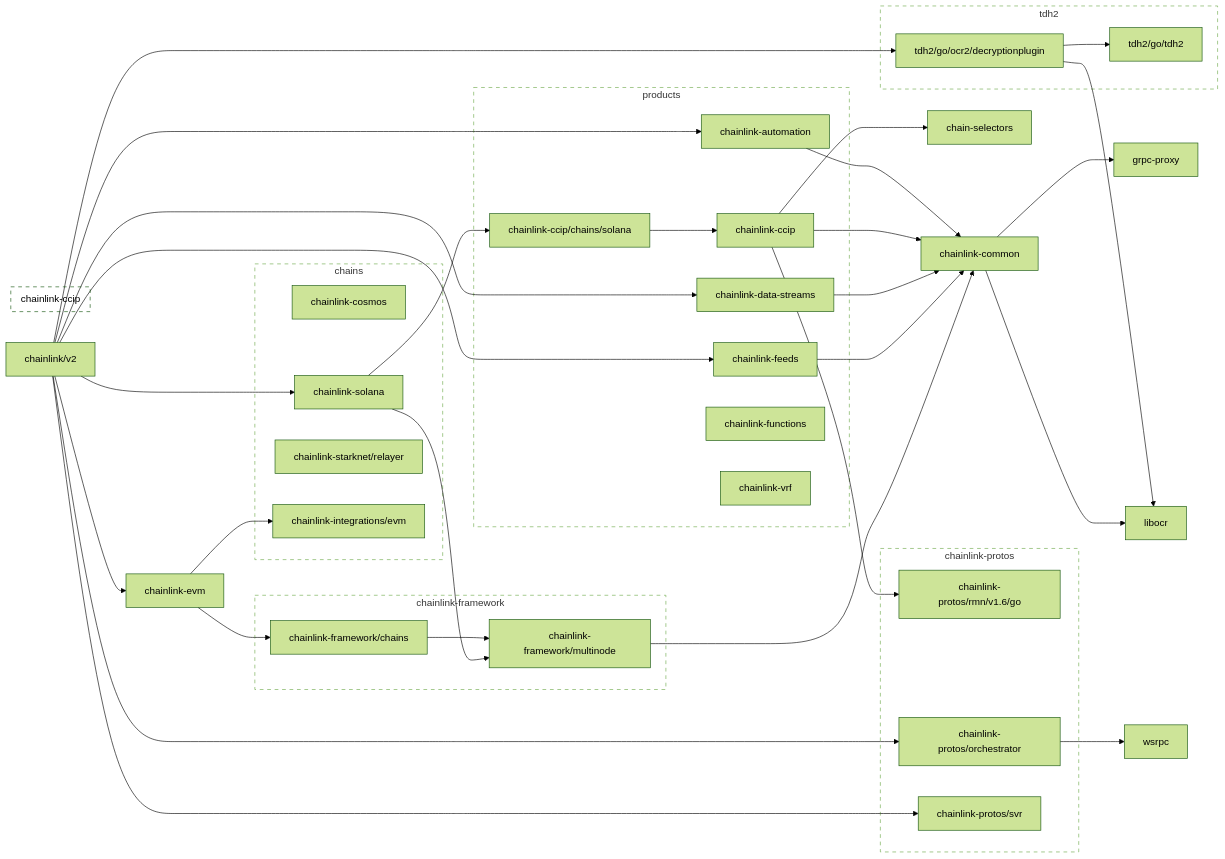
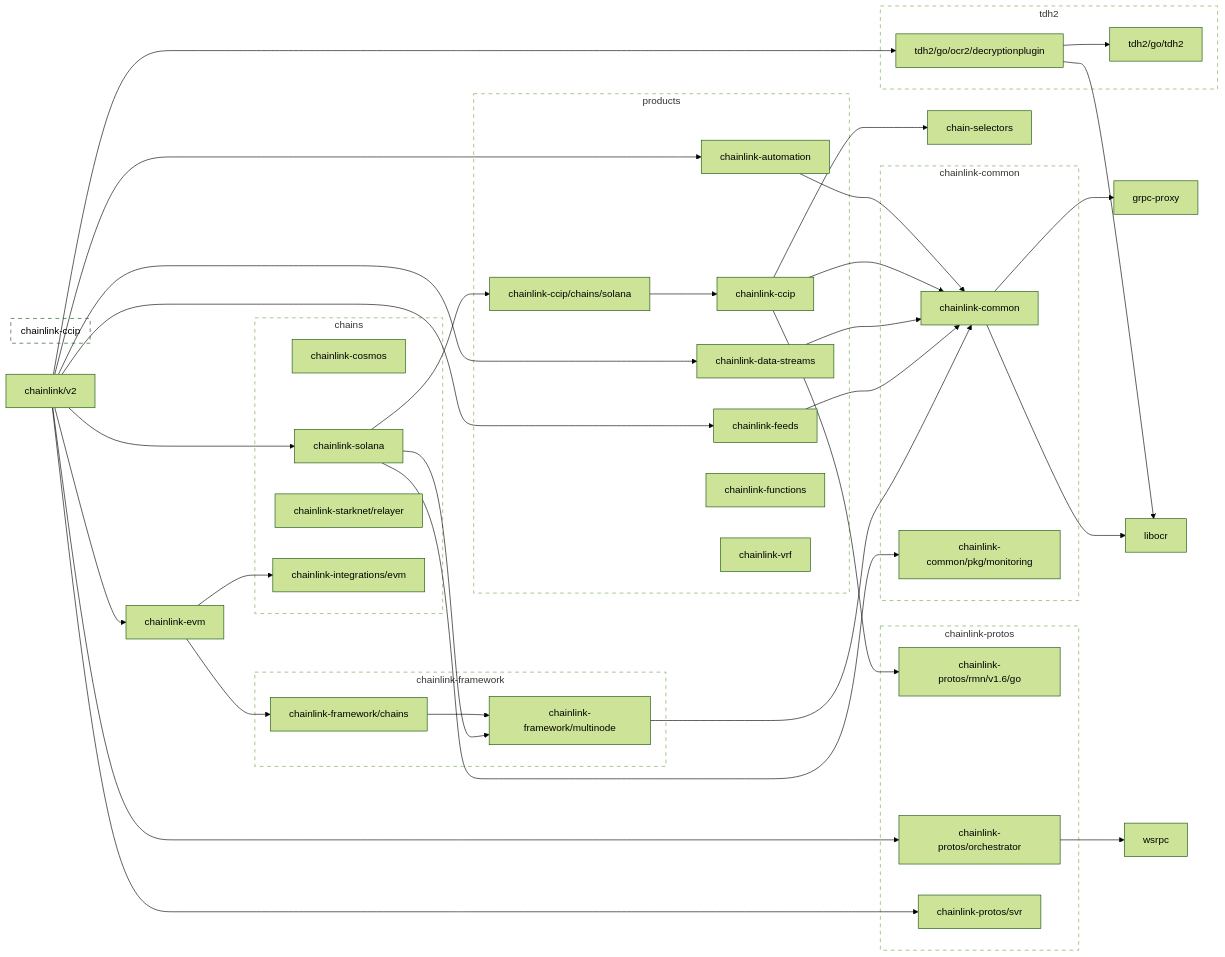
One commit to JohnDaWalka/chainlink changed the first of 2 diagrams in go.md. Above: the diagram before and after it, drawn with Mermaid (forest theme). The commit also changed other lines of this file, not shown here.

Commit message:
make modgraph

````diff
--- a/go.md
+++ b/go.md
@@ -35,6 +35,8 @@
 	chainlink-common --> grpc-proxy
 	chainlink-common --> libocr
 	click chainlink-common href "https://github.com/smartcontractkit/chainlink-common"
+	chainlink-common/pkg/monitoring
+	click chainlink-common/pkg/monitoring href "https://github.com/smartcontractkit/chainlink-common"
 	chainlink-data-streams --> chainlink-common
 	click chainlink-data-streams href "https://github.com/smartcontractkit/chainlink-data-streams"
 	chainlink-evm --> chainlink-framework/chains
@@ -55,6 +57,7 @@
 	chainlink-protos/svr
 	click chainlink-protos/svr href "https://github.com/smartcontractkit/chainlink-protos"
 	chainlink-solana --> chainlink-ccip/chains/solana
+	chainlink-solana --> chainlink-common/pkg/monitoring
 	chainlink-solana --> chainlink-framework/multinode
 	click chainlink-solana href "https://github.com/smartcontractkit/chainlink-solana"
 	chainlink/v2 --> chainlink-automation
@@ -84,6 +87,12 @@
 	end
 	click chainlink-ccip-repo href "https://github.com/smartcontractkit/chainlink-ccip"
 
+	subgraph chainlink-common-repo[chainlink-common]
+		 chainlink-common
+		 chainlink-common/pkg/monitoring
+	end
+	click chainlink-common-repo href "https://github.com/smartcontractkit/chainlink-common"
+
 	subgraph chainlink-framework-repo[chainlink-framework]
 		 chainlink-framework/chains
 		 chainlink-framework/multinode
@@ -104,5 +113,5 @@
 	click tdh2-repo href "https://github.com/smartcontractkit/tdh2"
 
 	classDef outline stroke-dasharray:6,fill:none;
-	class chainlink-ccip-repo,chainlink-framework-repo,chainlink-protos-repo,tdh2-repo outline
+	class chainlink-ccip-repo,chainlink-common-repo,chainlink-framework-repo,chainlink-protos-repo,tdh2-repo outline
 ```
````
